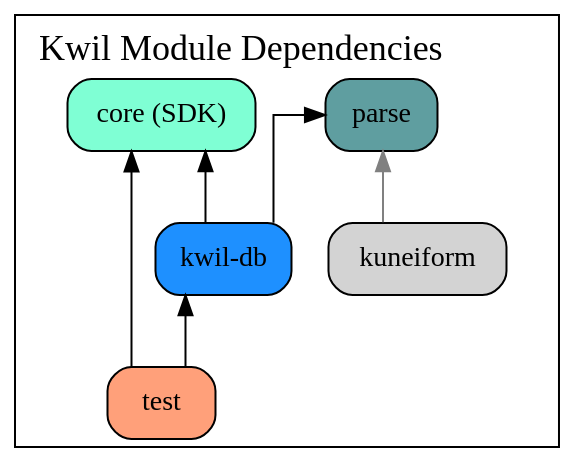
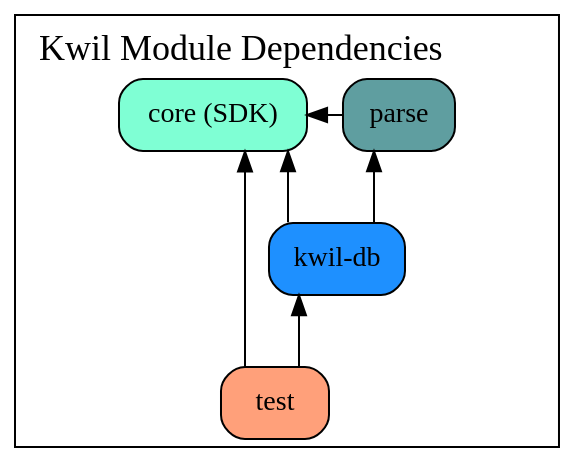
One commit to kwilteam/kwil-db changed the diagram in docs/modules.gv. Above: the diagram before and after it, drawn with Graphviz. The commit also changed 1 other file, not shown here.

Commit message:
docs: update modules diagram
- no more kuneiform
- parse requires core

```diff
--- a/docs/modules.gv
+++ b/docs/modules.gv
@@ -1,26 +1,19 @@
 digraph {
 	graph [splines=ortho colorscheme=svg label=<Kwil Module Dependencies> labelloc=t fontsize=18.0]
 	node [shape=box style="filled, rounded"]
 
 	kwildb [label="kwil-db" fillcolor=dodgerblue]
 	core [label="core (SDK)" fillcolor=aquamarine]
 	parse [label="parse" fillcolor=cadetblue]
 	test [label="test" fillcolor=lightsalmon]
 
 	{rank=min core}
 	{rank=max test}
-	{rank=same core}
-
-	// sqlgrammargo [label="sql-grammar-go" fillcolor=lightgray]
-	// actgrammargo [label="action-grammar-go" fillcolor=lightgray]
-	kuneiform [label="kuneiform" fillcolor=lightgray]
+	{rank=same core parse}
 
 	core -> kwildb [dir=back color=black]
+	core -> parse [dir=back color=black]
 	core -> test [dir=back color=black]
 	kwildb -> test [dir=back color=black]
 	parse -> kwildb [dir=back color=black]
-
-	parse -> kuneiform [dir=back color=gray]
-	// sqlgrammargo -> parse [dir=back color=gray]
-	// actgrammargo -> parse [dir=back color=gray]
 }
```
